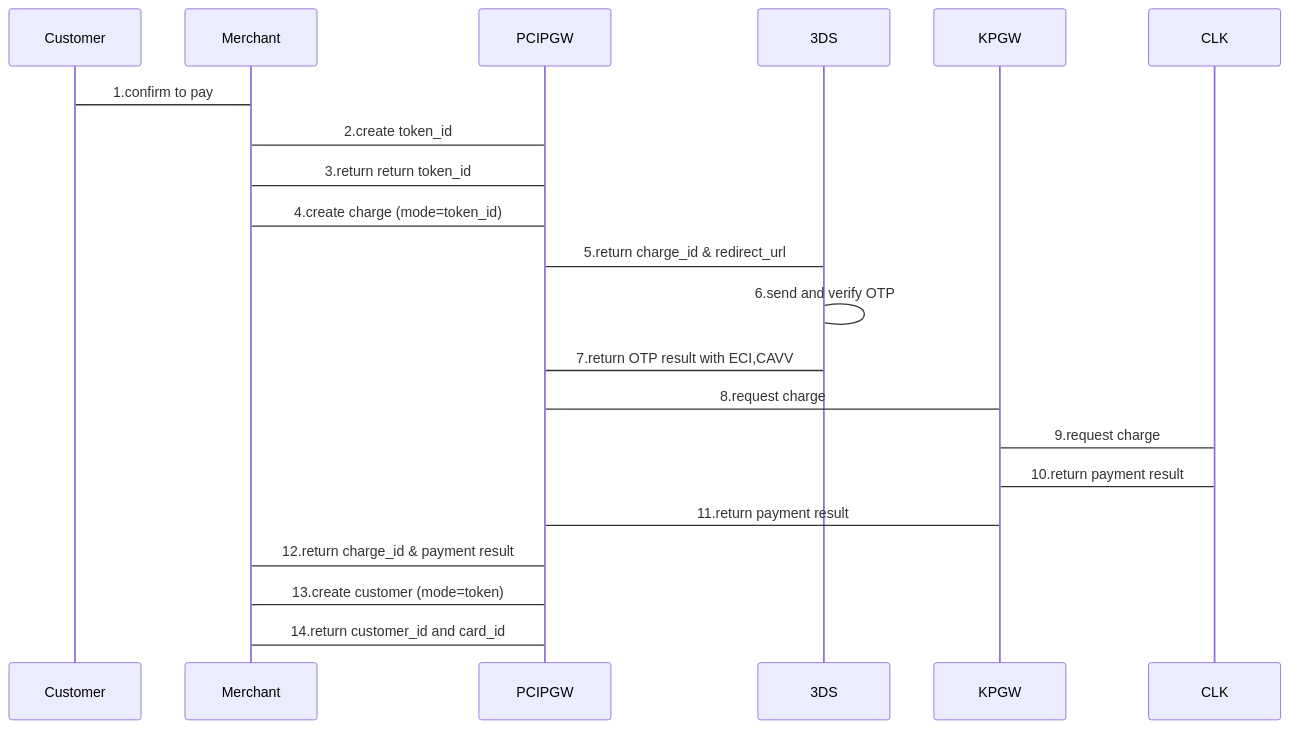
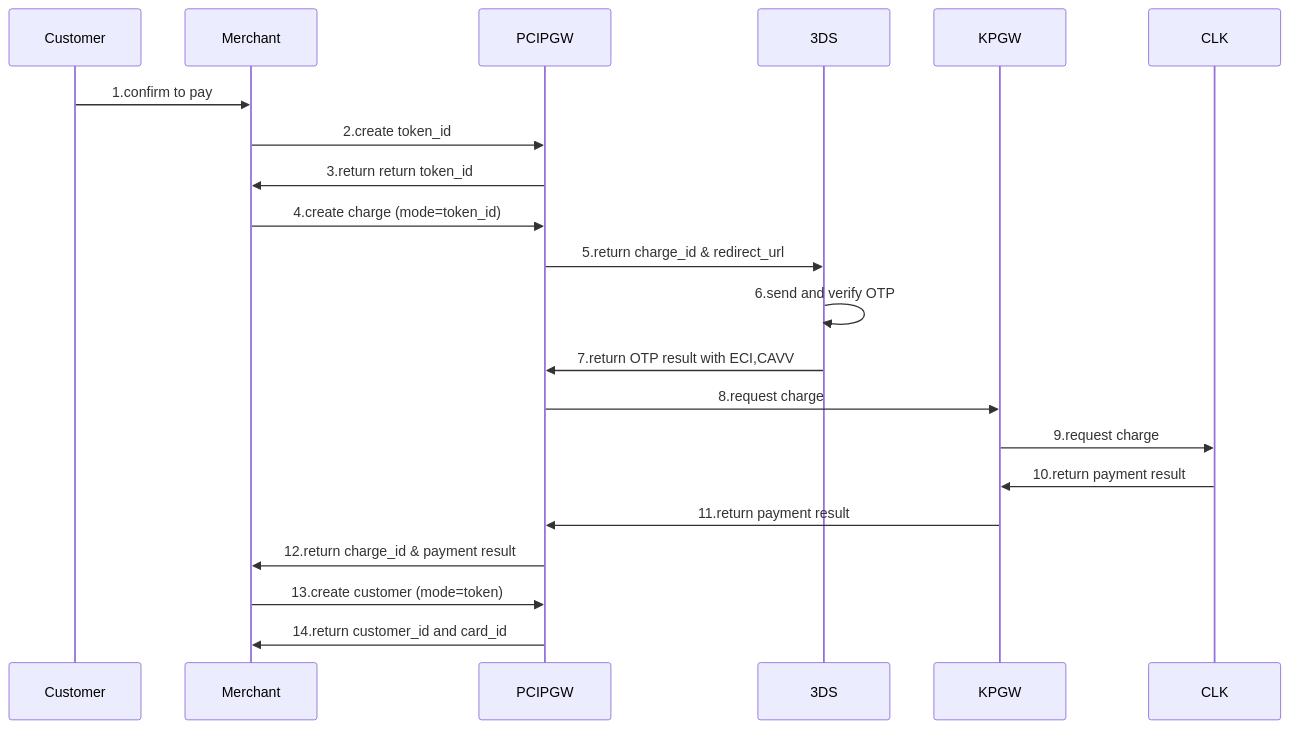
The first of 4 diagrams in Cybs-Ph2-Flow1.md (yuusuke25/MyNotes), drawn with Mermaid before and after one commit. The commit also changed other lines of this file, not shown here.

````diff
--- a/Cybs-Ph2-Flow1.md
+++ b/Cybs-Ph2-Flow1.md
@@ -2,19 +2,19 @@
 ```mermaid
     sequenceDiagram
-        Customer->Merchant:1.confirm to pay
-        Merchant->PCIPGW:2.create token_id
-        PCIPGW->Merchant:3.return return token_id
-        Merchant->PCIPGW:4.create charge (mode=token_id)
-        PCIPGW->3DS:5.return charge_id & redirect_url
-        3DS->3DS:6.send and verify OTP
-        3DS->PCIPGW:7.return OTP result with ECI,CAVV
-        PCIPGW->KPGW:8.request charge
-        KPGW->CLK:9.request charge
-        CLK->KPGW:10.return payment result
-        KPGW->PCIPGW:11.return payment result
-        PCIPGW->Merchant:12.return charge_id & payment result
+        Customer->>Merchant:1.confirm to pay
+        Merchant->>PCIPGW:2.create token_id
+        PCIPGW->>Merchant:3.return return token_id
+        Merchant->>PCIPGW:4.create charge (mode=token_id)
+        PCIPGW->>3DS:5.return charge_id & redirect_url
+        3DS->>3DS:6.send and verify OTP
+        3DS->>PCIPGW:7.return OTP result with ECI,CAVV
+        PCIPGW->>KPGW:8.request charge
+        KPGW->>CLK:9.request charge
+        CLK->>KPGW:10.return payment result
+        KPGW->>PCIPGW:11.return payment result
+        PCIPGW->>Merchant:12.return charge_id & payment result
 
-        Merchant->PCIPGW:13.create customer (mode=token)
-        PCIPGW->Merchant:14.return customer_id and card_id
+        Merchant->>PCIPGW:13.create customer (mode=token)
+        PCIPGW->>Merchant:14.return customer_id and card_id
 
 ```
````
